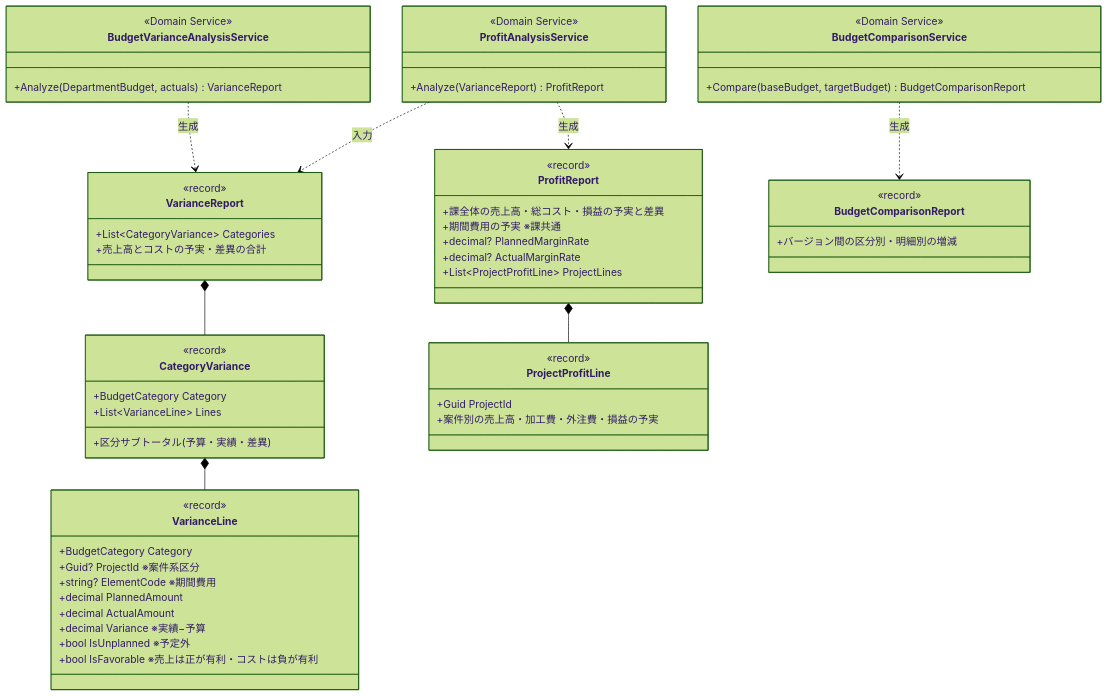
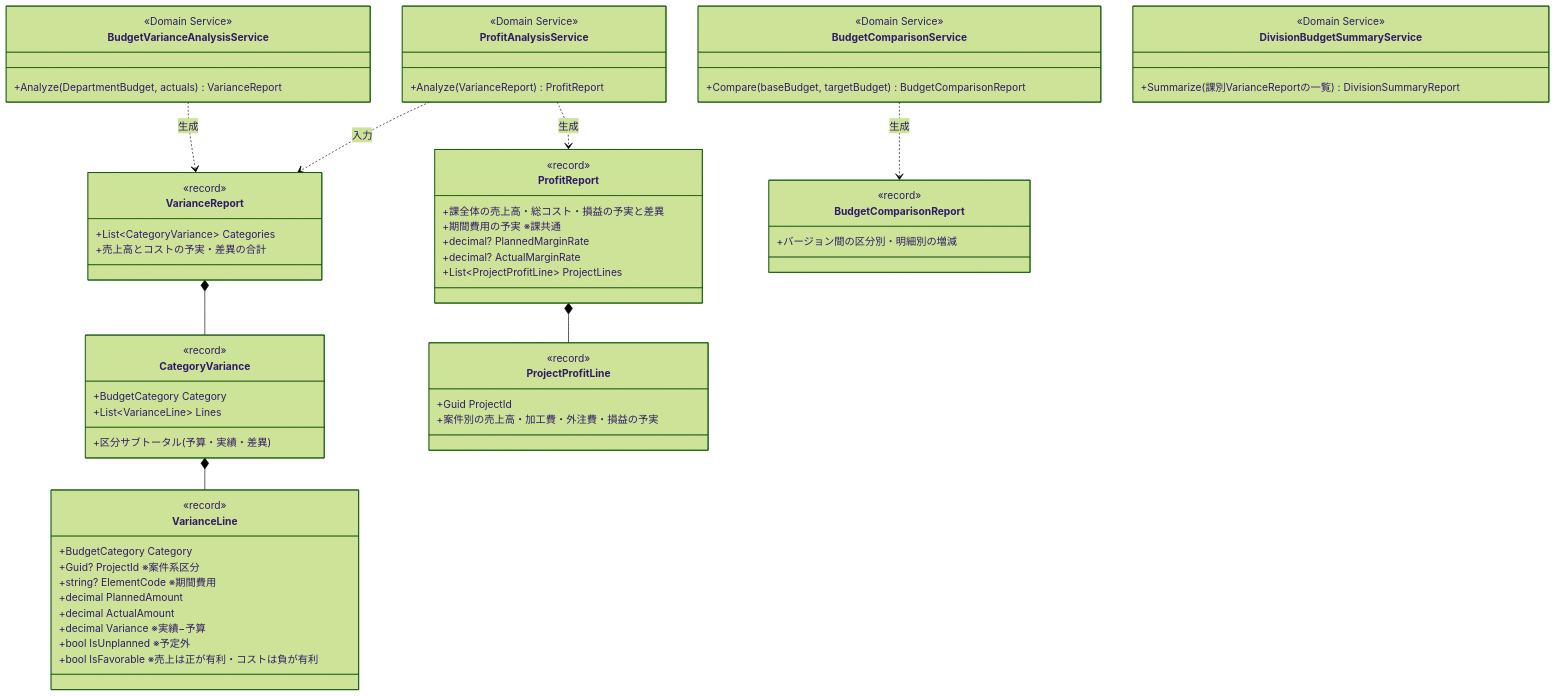
Before and after one commit to kyamanaka0923/fcpl-cost-management-system: the ninth of 9 diagrams in docs/DESIGN.md, drawn with Mermaid (forest theme). The commit also changed other lines of this file and 4 other files, not shown here.

````diff
--- a/docs/DESIGN.md
+++ b/docs/DESIGN.md
@@ -336,63 +365,67 @@
 ```mermaid
 classDiagram
     class BudgetVarianceAnalysisService {
         <<Domain Service>>
         +Analyze(DepartmentBudget, actuals) VarianceReport
     }
     class BudgetComparisonService {
         <<Domain Service>>
         +Compare(baseBudget, targetBudget) BudgetComparisonReport
     }
     class ProfitAnalysisService {
         <<Domain Service>>
         +Analyze(VarianceReport) ProfitReport
+    }
+    class DivisionBudgetSummaryService {
+        <<Domain Service>>
+        +Summarize(課別VarianceReportの一覧) DivisionSummaryReport
     }
 
     class VarianceReport {
         <<record>>
         +List~CategoryVariance~ Categories
         +売上高とコストの予実・差異の合計
     }
     class CategoryVariance {
         <<record>>
         +BudgetCategory Category
         +List~VarianceLine~ Lines
         +区分サブトータル(予算・実績・差異)
     }
     class VarianceLine {
         <<record>>
         +BudgetCategory Category
         +Guid? ProjectId ※案件系区分
         +string? ElementCode ※期間費用
         +decimal PlannedAmount
         +decimal ActualAmount
         +decimal Variance ※実績−予算
         +bool IsUnplanned ※予定外
         +bool IsFavorable ※売上は正が有利・コストは負が有利
     }
     class BudgetComparisonReport {
         <<record>>
         +バージョン間の区分別・明細別の増減
     }
     class ProfitReport {
         <<record>>
         +課全体の売上高・総コスト・損益の予実と差異
         +期間費用の予実 ※課共通
         +decimal? PlannedMarginRate
         +decimal? ActualMarginRate
         +List~ProjectProfitLine~ ProjectLines
     }
     class ProjectProfitLine {
         <<record>>
         +Guid ProjectId
         +案件別の売上高・加工費・外注費・損益の予実
     }
 
     BudgetVarianceAnalysisService ..> VarianceReport : 生成
     VarianceReport *-- CategoryVariance
     CategoryVariance *-- VarianceLine
     BudgetComparisonService ..> BudgetComparisonReport : 生成
     ProfitAnalysisService ..> ProfitReport : 生成
     ProfitAnalysisService ..> VarianceReport : 入力
     ProfitReport *-- ProjectProfitLine
 ```
````
